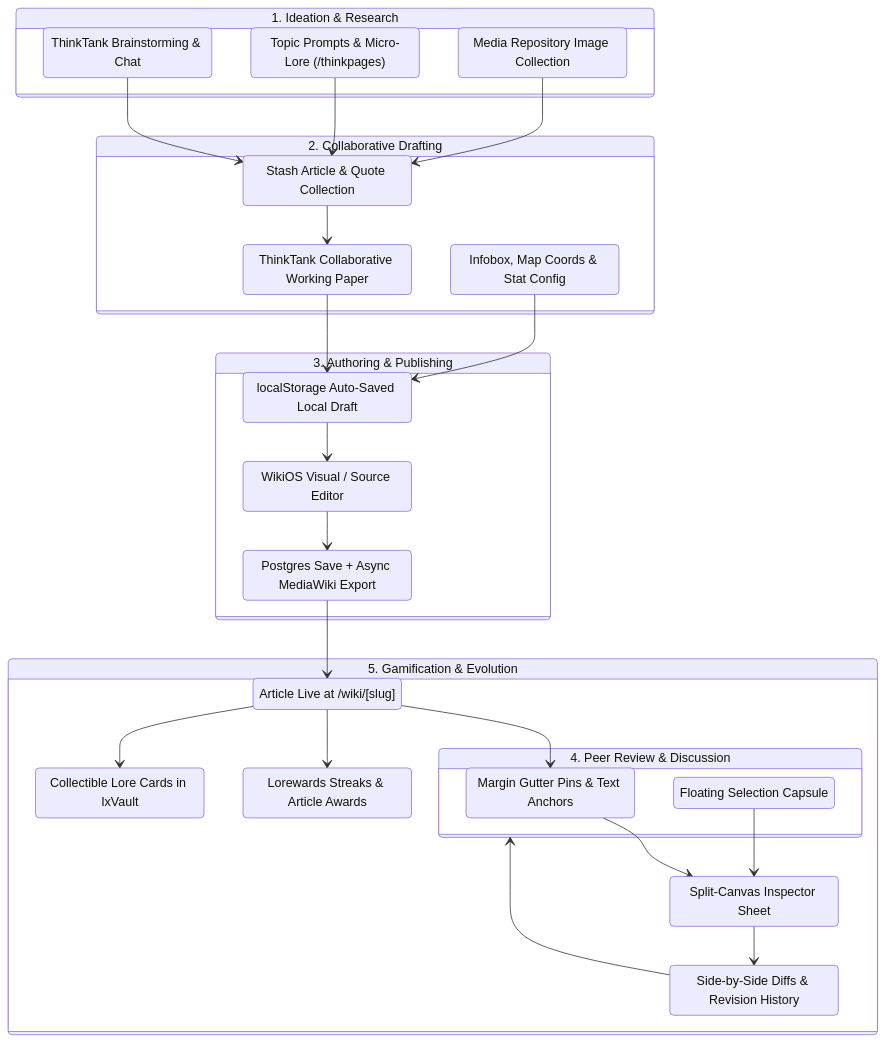
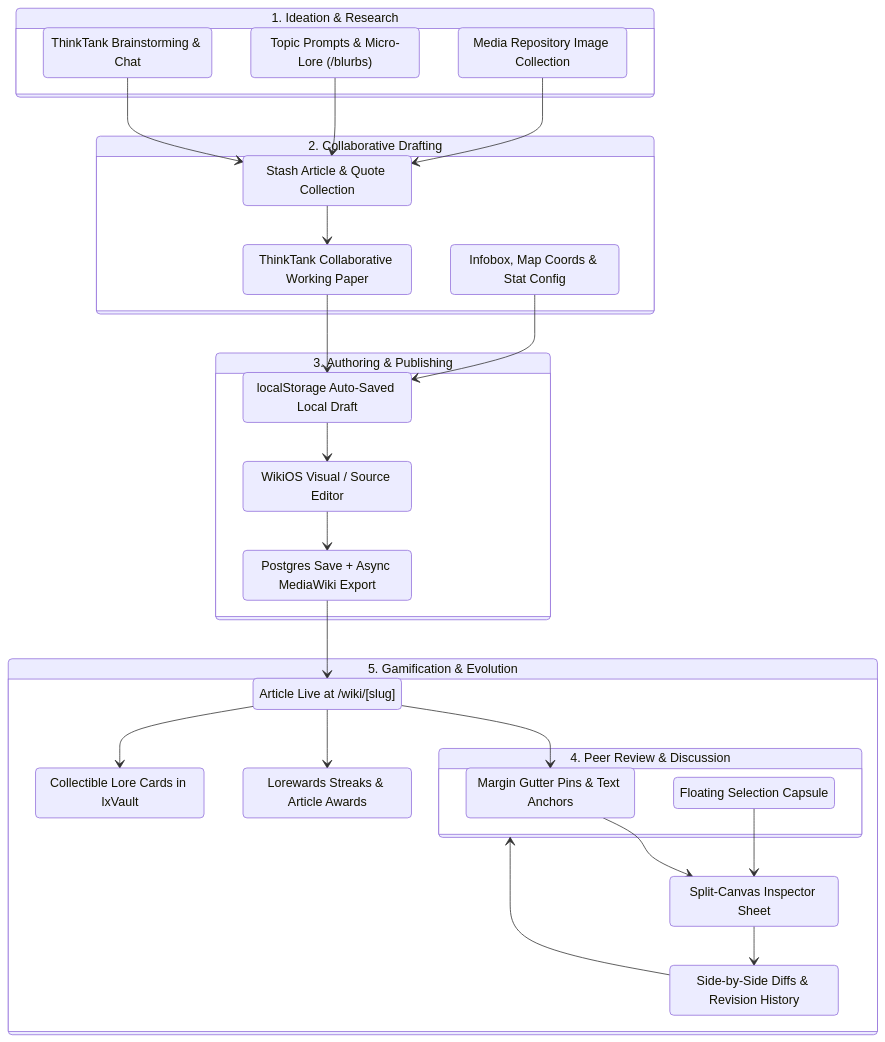
The diagram in docs/systems/lore-lifecycle.md (algolds/ixstats), drawn with Mermaid before and after one commit. The commit also changed other lines of this file and 18 other files, not shown here.

````diff
--- a/docs/systems/lore-lifecycle.md
+++ b/docs/systems/lore-lifecycle.md
@@ -29,56 +29,56 @@
 ```mermaid
 stateDiagram-v2
     direction TB
     
     state "1. Ideation & Research" as Phase1 {
         ThinkTankChat: ThinkTank Brainstorming & Chat
-        BlurbsPrompt: Topic Prompts & Micro-Lore (/thinkpages)
+        BlurbsPrompt: Topic Prompts & Micro-Lore (/blurbs)
         Stash: Stash Article & Quote Collection
         Repository: Media Repository Image Collection
         
         ThinkTankChat --> Stash
         BlurbsPrompt --> Stash
         Repository --> Stash
     }
     
     state "2. Collaborative Drafting" as Phase2 {
         WorkingDoc: ThinkTank Collaborative Working Paper
         TemplateConfig: Infobox, Map Coords & Stat Config
         LocalDraft: localStorage Auto-Saved Local Draft
         
         Stash --> WorkingDoc
         WorkingDoc --> LocalDraft
         TemplateConfig --> LocalDraft
     }
     
     state "3. Authoring & Publishing" as Phase3 {
         VisualEditor: WikiOS Visual / Source Editor
         MediaWikiSave: Postgres Save + Async MediaWiki Export
         ArticleLive: Article Live at /wiki/[slug]
         
         LocalDraft --> VisualEditor
         VisualEditor --> MediaWikiSave
         MediaWikiSave --> ArticleLive
     }
     
     state "4. Peer Review & Discussion" as Phase4 {
         Inspector: Split-Canvas Inspector Sheet
         GutterPins: Margin Gutter Pins & Text Anchors
         SelectionPill: Floating Selection Capsule
         
         ArticleLive --> GutterPins
         GutterPins --> Inspector
         SelectionPill --> Inspector
     }
     
     state "5. Gamification & Evolution" as Phase5 {
         WikiAwards: Lorewards Streaks & Article Awards
         LoreCards: Collectible Lore Cards in IxVault
         RevisionSync: Side-by-Side Diffs & Revision History
         
         Inspector --> RevisionSync
         ArticleLive --> WikiAwards
         ArticleLive --> LoreCards
         RevisionSync --> Phase4
     }
 ```
````
